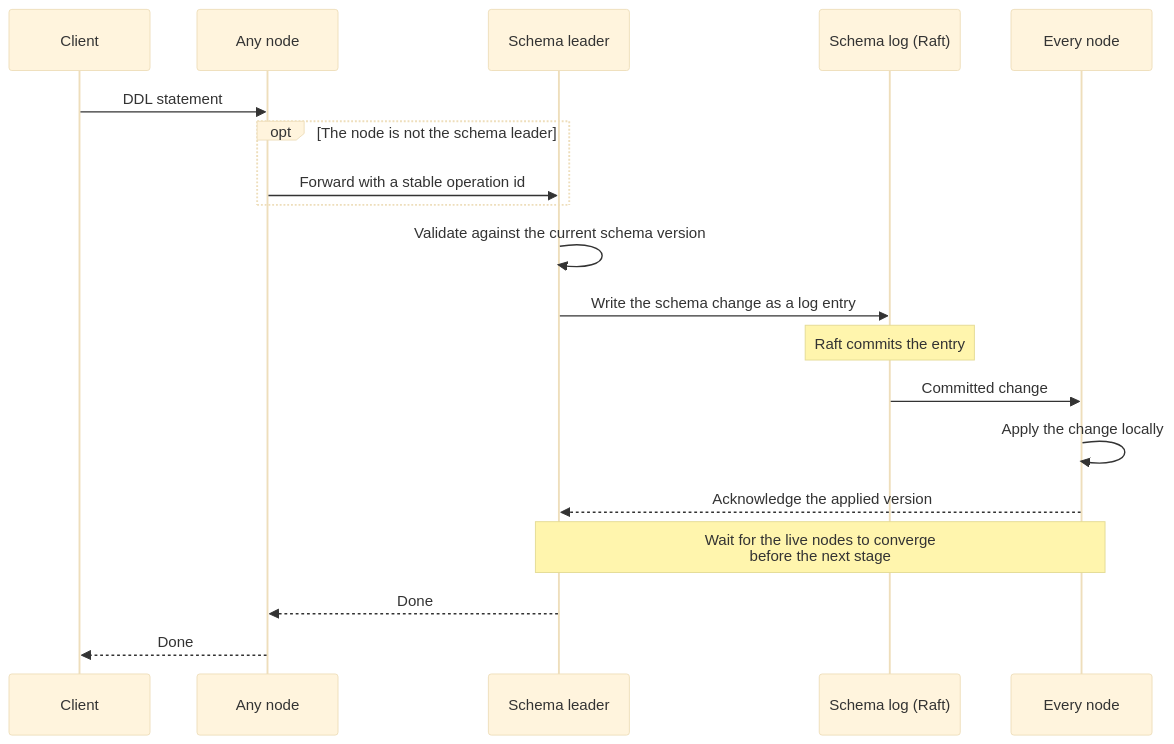
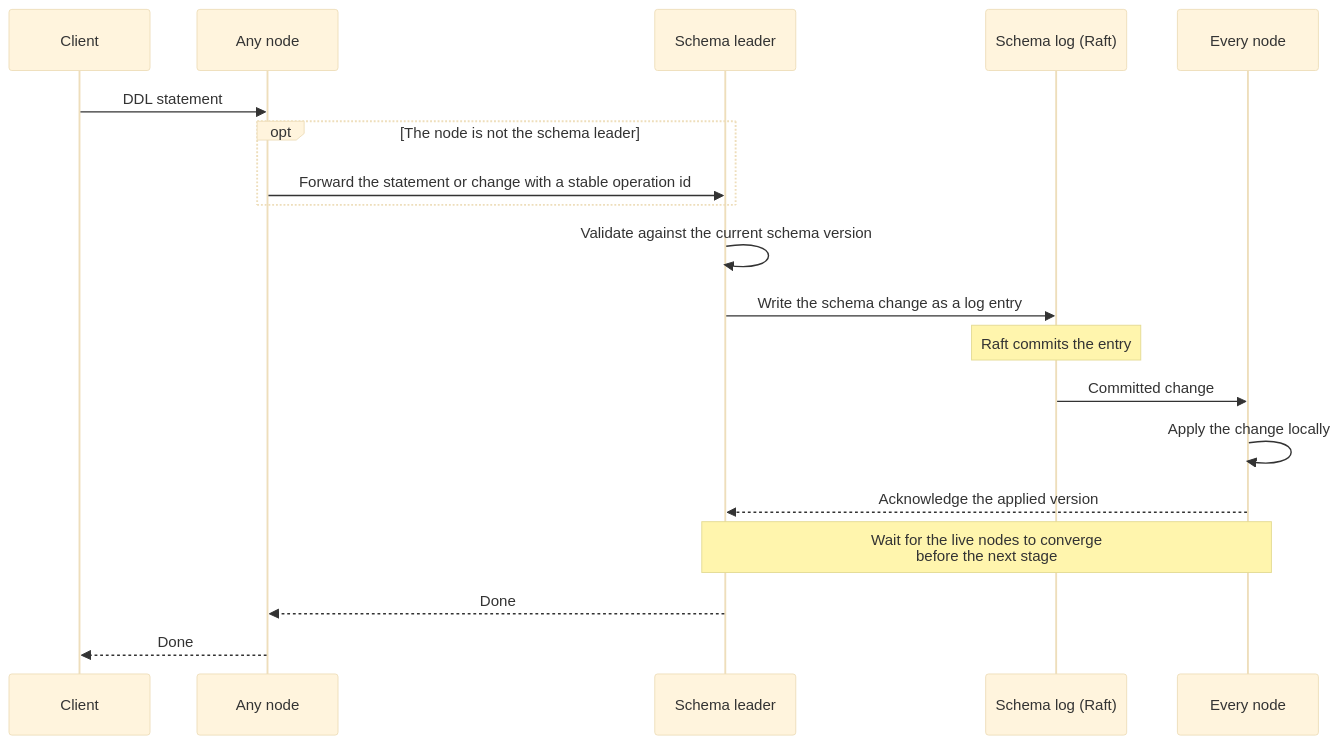
The first of 2 diagrams in docs/distributed-schema.md (camusdb/camusdb.github.io), drawn with Mermaid (base theme) before and after one commit. The commit also changed other lines of this file and 216 other files, not shown here.

````diff
--- a/docs/distributed-schema.md
+++ b/docs/distributed-schema.md
@@ -124,21 +78,21 @@
 ```mermaid
 sequenceDiagram
     participant C as Client
     participant N as Any node
     participant L as Schema leader
     participant R as Schema log (Raft)
     participant A as Every node
     C->>N: DDL statement
     opt The node is not the schema leader
-        N->>L: Forward with a stable operation id
+        N->>L: Forward the statement or change with a stable operation id
     end
     L->>L: Validate against the current schema version
     L->>R: Write the schema change as a log entry
     Note over R: Raft commits the entry
     R->>A: Committed change
     A->>A: Apply the change locally
     A-->>L: Acknowledge the applied version
     Note over L,A: Wait for the live nodes to converge<br/>before the next stage
     L-->>N: Done
     N-->>C: Done
 ```
````
